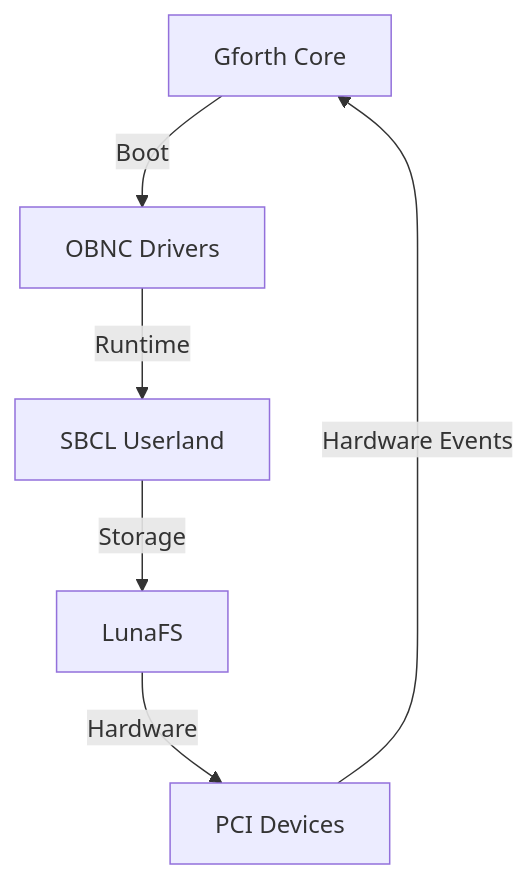
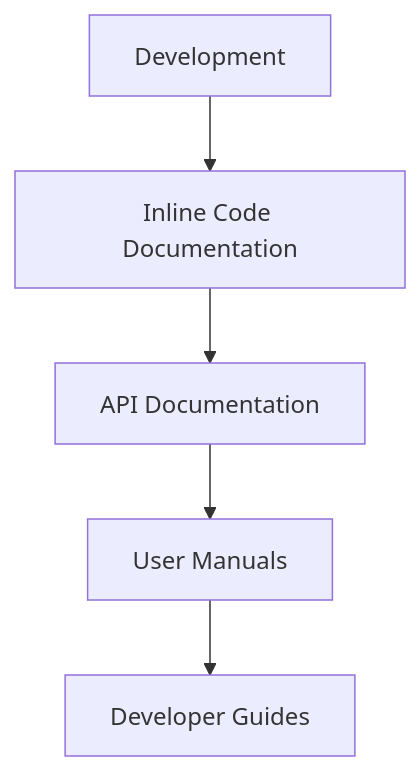
The diagram in plan.md (Veridian-Zenith/Lunaviel), drawn with Mermaid before and after one commit. The commit also changed other lines of this file and 13 other files, not shown here.

````diff
--- a/plan.md
+++ b/plan.md
@@ -51,8 +15,7 @@
 ```mermaid
 graph TD
-    A[Gforth Core] -->|Boot| B[OBNC Drivers]
-    B -->|Runtime| C[SBCL Userland]
-    C -->|Storage| D[LunaFS]
-    D -->|Hardware| E[PCI Devices]
-    E -->|Hardware Events| A
+    A[Development] --> B[Inline Code Documentation]
+    B --> C[API Documentation]
+    C --> D[User Manuals]
+    D --> E[Developer Guides]
 ```
````
